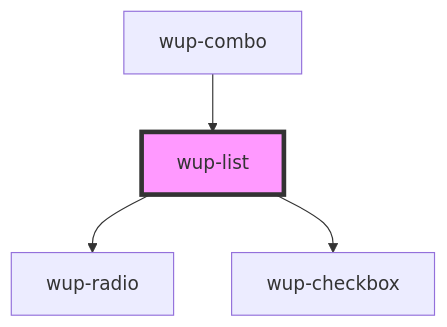
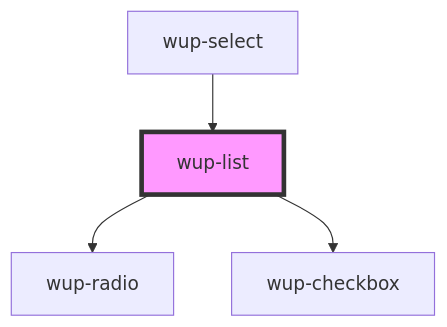
Before and after one commit to smeup/ketchup: the diagram in packages/ketchup/src/components/wup-list/readme.md, drawn with Mermaid. The commit also changed other lines of this file and 7 other files, not shown here.

````diff
--- a/packages/ketchup/src/components/wup-list/readme.md
+++ b/packages/ketchup/src/components/wup-list/readme.md
@@ -43,7 +43,7 @@
 ```mermaid
 graph TD;
   wup-list --> wup-radio
   wup-list --> wup-checkbox
-  wup-combo --> wup-list
+  wup-select --> wup-list
   style wup-list fill:#f9f,stroke:#333,stroke-width:4px
 ```
````
